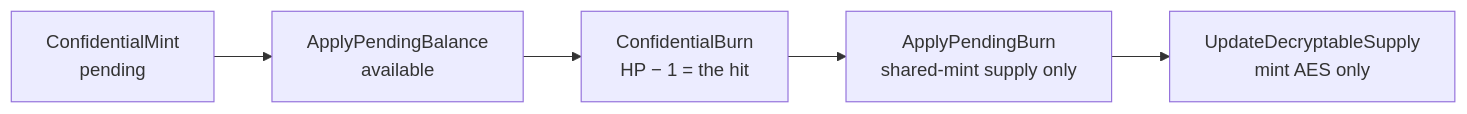
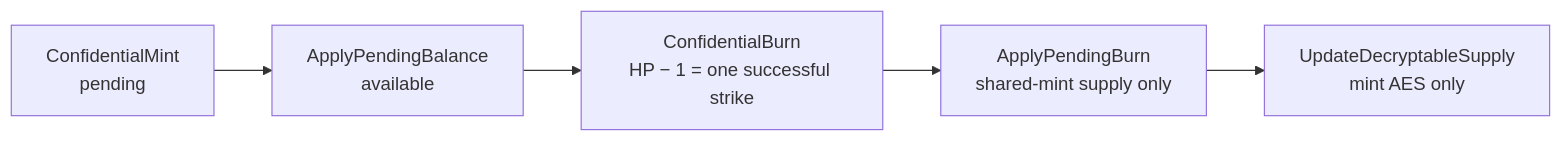
The second of 3 diagrams in docs/confidential-balances.md (kilogold/confidential-pinata), drawn with Mermaid before and after one commit. The commit also changed other lines of this file and 8 other files, not shown here.

````diff
--- a/docs/confidential-balances.md
+++ b/docs/confidential-balances.md
@@ -63,7 +62,7 @@
 ```mermaid
 flowchart LR
   mint["ConfidentialMint<br/>pending"] --> applyAcc["ApplyPendingBalance<br/>available"]
-  applyAcc --> burn["ConfidentialBurn<br/>HP − 1  = the hit"]
+  applyAcc --> burn["ConfidentialBurn<br/>HP − 1 = one successful strike"]
   burn --> applyBurn["ApplyPendingBurn<br/>shared-mint supply only"]
   applyBurn --> aes["UpdateDecryptableSupply<br/>mint AES only"]
 ```
````
